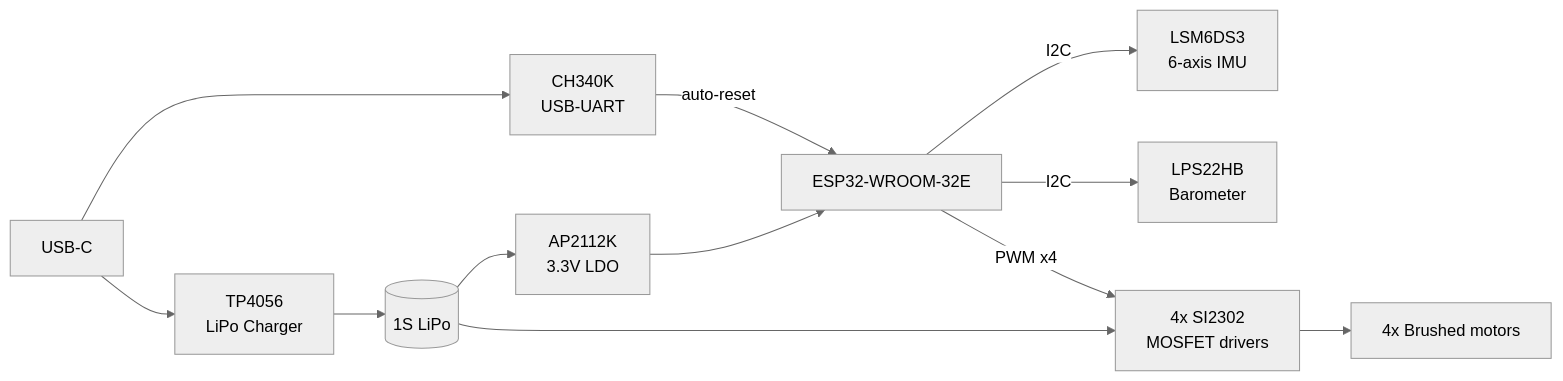
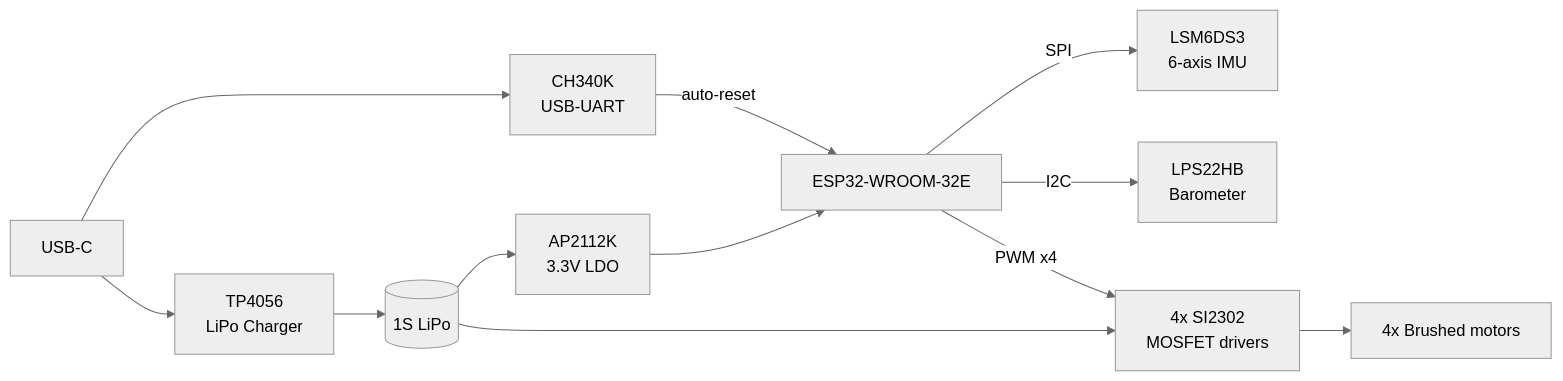
Before and after one commit to Asaf66/Drone_ESP32: the diagram in README.md, drawn with Mermaid (neutral theme). The commit also changed other lines of this file and 79 other files, not shown here.

````diff
--- a/README.md
+++ b/README.md
@@ -29,14 +30,14 @@
 ```mermaid
 flowchart LR
     USB[USB-C] --> UART[CH340K<br/>USB-UART]
     USB --> CHG[TP4056<br/>LiPo Charger]
     CHG --> BAT[(1S LiPo)]
     BAT --> LDO[AP2112K<br/>3.3V LDO]
     LDO --> MCU[ESP32-WROOM-32E]
     UART -- auto-reset --> MCU
-    MCU -- I2C --> IMU[LSM6DS3<br/>6-axis IMU]
+    MCU -- SPI --> IMU[LSM6DS3<br/>6-axis IMU]
     MCU -- I2C --> BARO[LPS22HB<br/>Barometer]
     MCU -- PWM x4 --> DRV[4x SI2302<br/>MOSFET drivers]
     BAT --> DRV
     DRV --> M[4x Brushed motors]
 ```
````
